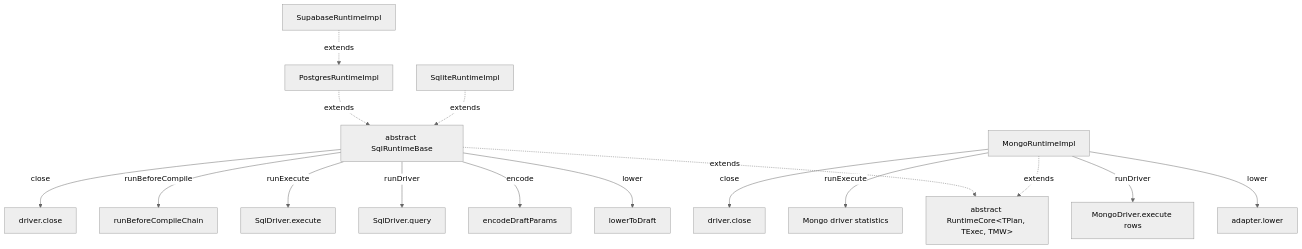
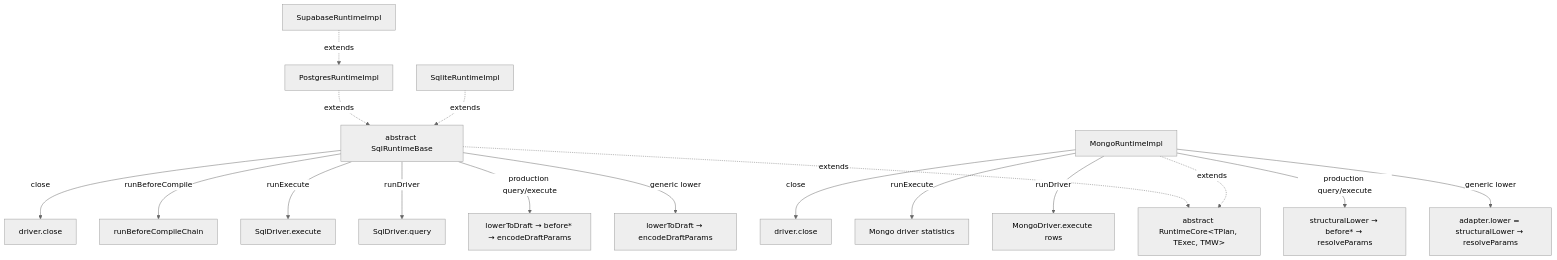
One commit to prisma/prisma changed the second of 3 diagrams in docs/architecture docs/subsystems/4. Runtime & Middleware Framework.md. Above: the diagram before and after it, drawn with Mermaid (neutral theme). The commit also changed other lines of this file and 3 other files, not shown here.

Commit message:
docs: correct runtime architecture claims

````diff
--- a/docs/architecture docs/subsystems/4. Runtime & Middleware Framework.md
+++ b/docs/architecture docs/subsystems/4. Runtime & Middleware Framework.md
@@ -134,21 +134,22 @@
 ```mermaid
 flowchart TB
   Core[abstract RuntimeCore&lt;TPlan, TExec, TMW&gt;]
   SR[abstract SqlRuntimeBase]
   MR[MongoRuntimeImpl]
   SR -.extends.-> Core
   MR -.extends.-> Core
-  SR -- lower --> LowerS[lowerToDraft]
-  SR -- encode --> EncodeS[encodeDraftParams]
+  SR -- generic lower --> LowerS[lowerToDraft → encodeDraftParams]
+  SR -- production query/execute --> SplitS[lowerToDraft → before* → encodeDraftParams]
   SR -- runDriver --> DriverS[SqlDriver.query]
   SR -- runExecute --> StatsS[SqlDriver.execute]
   SR -- runBeforeCompile --> BCC[runBeforeCompileChain]
   SR -- close --> CloseS[driver.close]
-  MR -- lower --> LowerM[adapter.lower]
+  MR -- generic lower --> LowerM[adapter.lower = structuralLower → resolveParams]
+  MR -- production query/execute --> SplitM[structuralLower → before* → resolveParams]
   MR -- runDriver --> DriverM[MongoDriver.execute rows]
   MR -- runExecute --> StatsM[Mongo driver statistics]
   MR -- close --> CloseM[driver.close]
   PR[PostgresRuntimeImpl] -.extends.-> SR
   SLR[SqliteRuntimeImpl] -.extends.-> SR
   SupR[SupabaseRuntimeImpl] -.extends.-> PR
 ```
````
